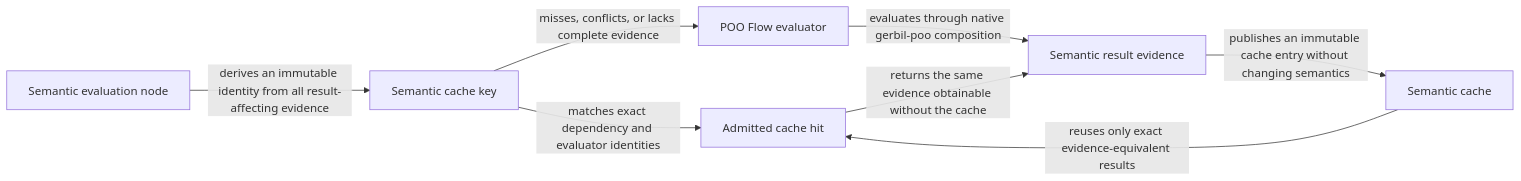
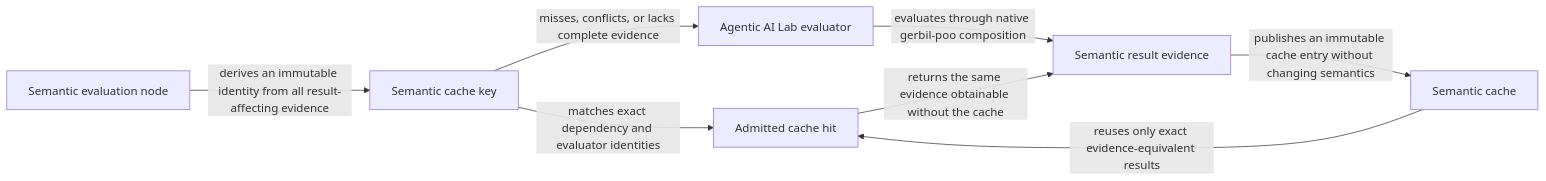
Before and after one commit to tao3k/gebril-yuanxu: the first of 2 diagrams in module-system/design/45-120-07-semantic-cache-scc-evidence-generation-invalidation-and-fail-closed-convergence.org, drawn with Mermaid. The commit also changed other lines of this file and 507 other files, not shown here.

```diff
--- a/module-system/design/45-120-07-semantic-cache-scc-evidence-generation-invalidation-and-fail-closed-convergence.org
+++ b/module-system/design/45-120-07-semantic-cache-scc-evidence-generation-invalidation-and-fail-closed-convergence.org
@@ -91,10 +91,10 @@
 #+begin_src mermaid
 flowchart LR
   N["Semantic evaluation node"] -->|"derives an immutable identity from all result-affecting evidence"| K["Semantic cache key"]
   K -->|"matches exact dependency and evaluator identities"| H["Admitted cache hit"]
-  K -->|"misses, conflicts, or lacks complete evidence"| E["POO Flow evaluator"]
+  K -->|"misses, conflicts, or lacks complete evidence"| E["Agentic AI Lab evaluator"]
   E -->|"evaluates through native gerbil-poo composition"| R["Semantic result evidence"]
   R -->|"publishes an immutable cache entry without changing semantics"| C["Semantic cache"]
   C -->|"reuses only exact evidence-equivalent results"| H
   H -->|"returns the same evidence obtainable without the cache"| R
 #+end_src
```
